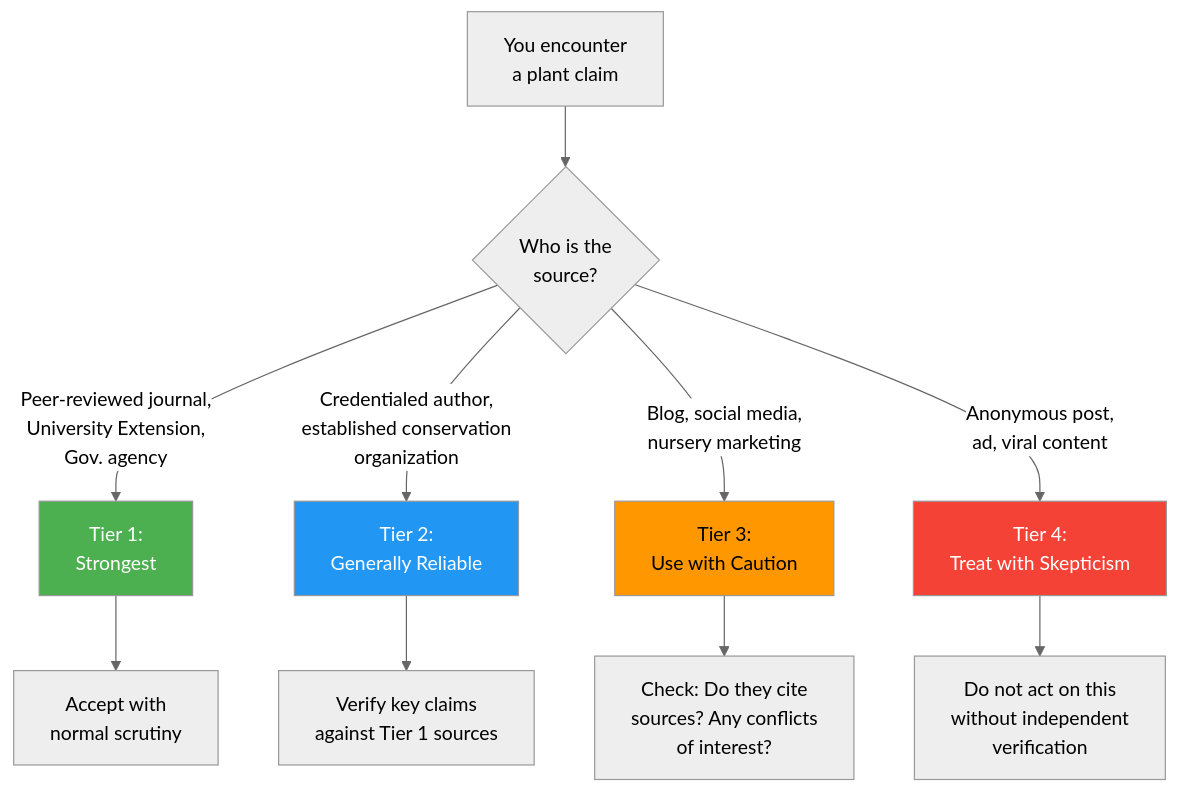
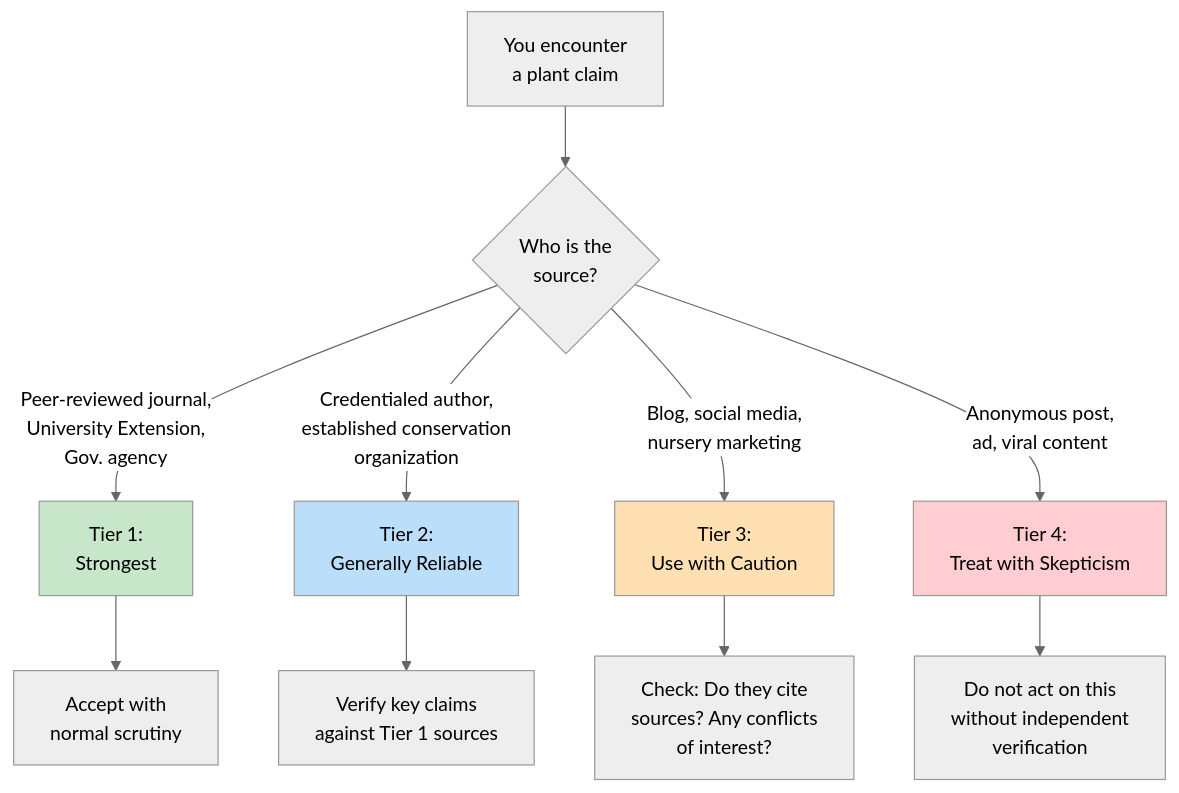
The first of 2 diagrams in docs/chapters/16-critical-thinking-misinfo/index.md (arunbatchu/minnesota-native-plants), drawn with Mermaid (neutral theme) before and after one commit. The commit also changed other lines of this file and 10 other files, not shown here.

First line of the commit message:
Switch Mermaid diagrams to pastel palette — black text on light backgrounds

````diff
--- a/docs/chapters/16-critical-thinking-misinfo/index.md
+++ b/docs/chapters/16-critical-thinking-misinfo/index.md
@@ -111,19 +111,19 @@
 ```mermaid
 flowchart TD
     A["You encounter<br>a plant claim"] --> B{"Who is the<br>source?"}
 
     B -->|"Peer-reviewed journal,<br>University Extension,<br>Gov. agency"| T1["Tier 1:<br>Strongest"]
     B -->|"Credentialed author,<br>established conservation<br>organization"| T2["Tier 2:<br>Generally Reliable"]
     B -->|"Blog, social media,<br>nursery marketing"| T3["Tier 3:<br>Use with Caution"]
     B -->|"Anonymous post,<br>ad, viral content"| T4["Tier 4:<br>Treat with Skepticism"]
 
     T1 --> C1["Accept with<br>normal scrutiny"]
     T2 --> C2["Verify key claims<br>against Tier 1 sources"]
     T3 --> C3["Check: Do they cite<br>sources? Any conflicts<br>of interest?"]
     T4 --> C4["Do not act on this<br>without independent<br>verification"]
 
-    style T1 fill:#4CAF50,color:#fff
-    style T2 fill:#2196F3,color:#fff
-    style T3 fill:#FF9800,color:#000
-    style T4 fill:#F44336,color:#fff
+    style T1 fill:#C8E6C9,color:#000
+    style T2 fill:#BBDEFB,color:#000
+    style T3 fill:#FFE0B2,color:#000
+    style T4 fill:#FFCDD2,color:#000
 ```
````
